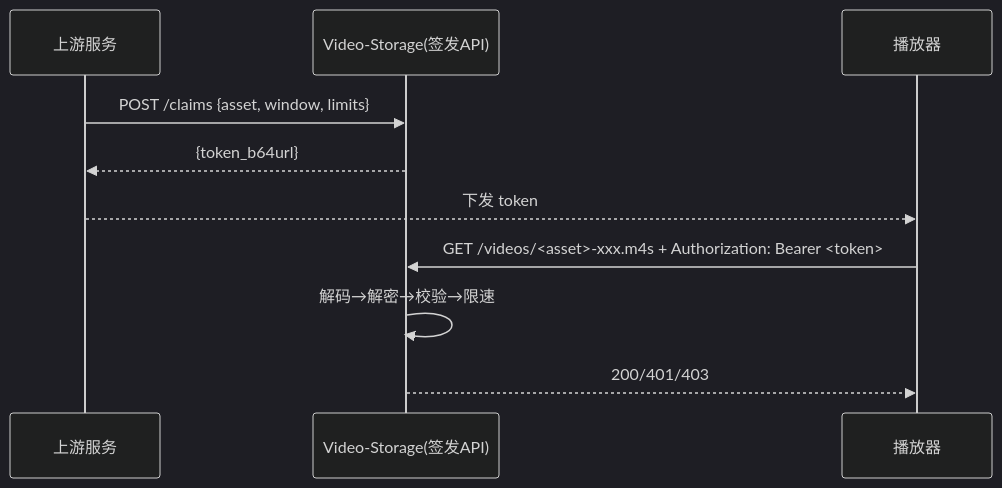
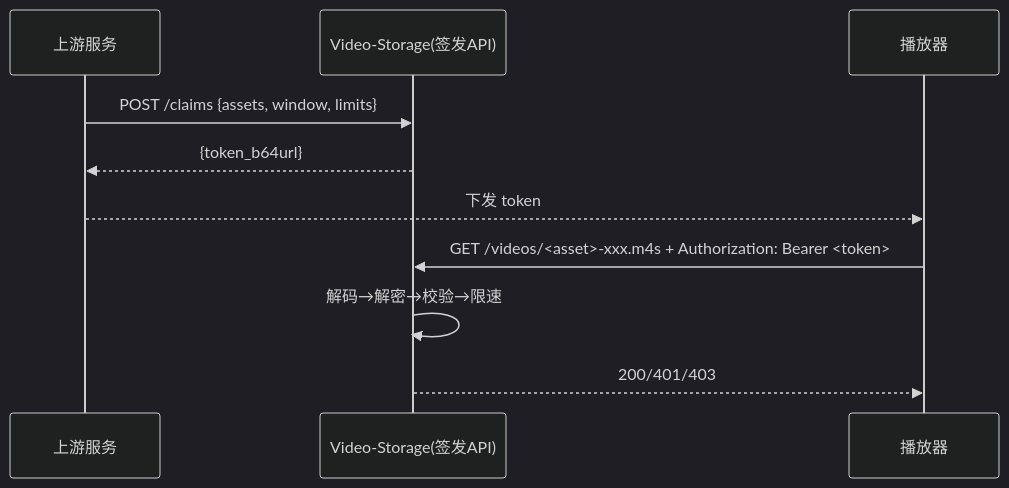
One commit to tediou5/video-storage changed the diagram in docs/claim-zh.md. Above: the diagram before and after it, drawn with Mermaid (dark theme). The commit also changed other lines of this file and 2 other files, not shown here.

````diff
--- a/docs/claim-zh.md
+++ b/docs/claim-zh.md
@@ -8,13 +9,13 @@
 ```mermaid
 sequenceDiagram
     participant Up as 上游服务
     participant VS as Video-Storage(签发API)
     participant P as 播放器
 
-    Up->>VS: POST /claims {asset, window, limits}
+    Up->>VS: POST /claims {assets, window, limits}
     VS-->>Up: {token_b64url}
     Up-->>P: 下发 token
     P->>VS: GET /videos/<asset>-xxx.m4s + Authorization: Bearer <token>
     VS->>VS: 解码→解密→校验→限速
     VS-->>P: 200/401/403
 ```
````
